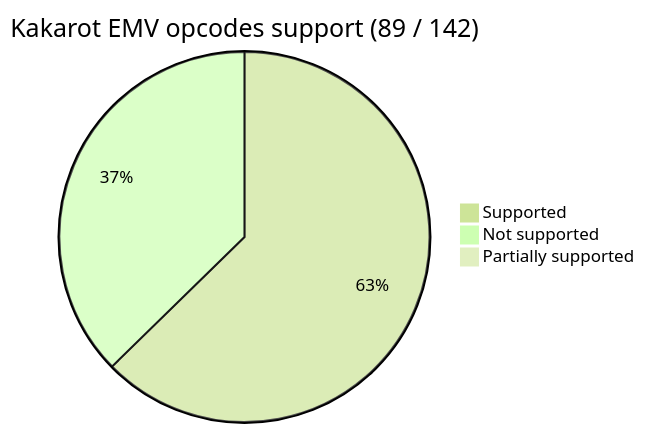
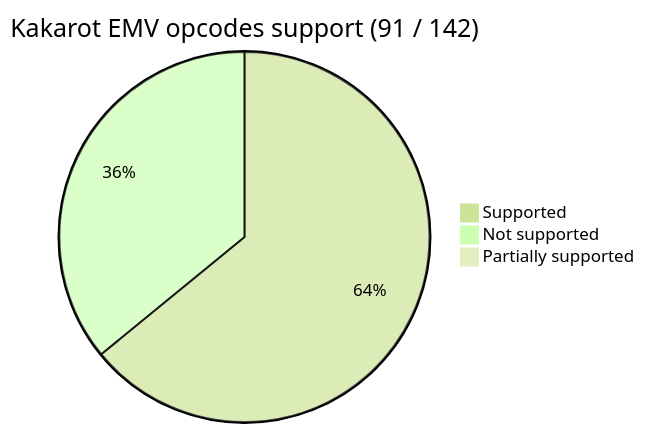
The first of 2 diagrams in README.md (kkrt-labs/kakarot), drawn with Mermaid before and after one commit. The commit also changed 5 other files, not shown here.

````diff
--- a/README.md
+++ b/README.md
@@ -40,7 +40,7 @@
 ```mermaid
 %%{init: {'theme': 'forest', 'themeVariables': { 'darkMode': 'false'}}}%%
-pie title Kakarot EMV opcodes support (89 / 142)
-    "Supported" : 89
-    "Not supported" : 53
+pie title Kakarot EMV opcodes support (91 / 142)
+    "Supported" : 91
+    "Not supported" : 51
     "Partially supported" : 0
 ```
````
